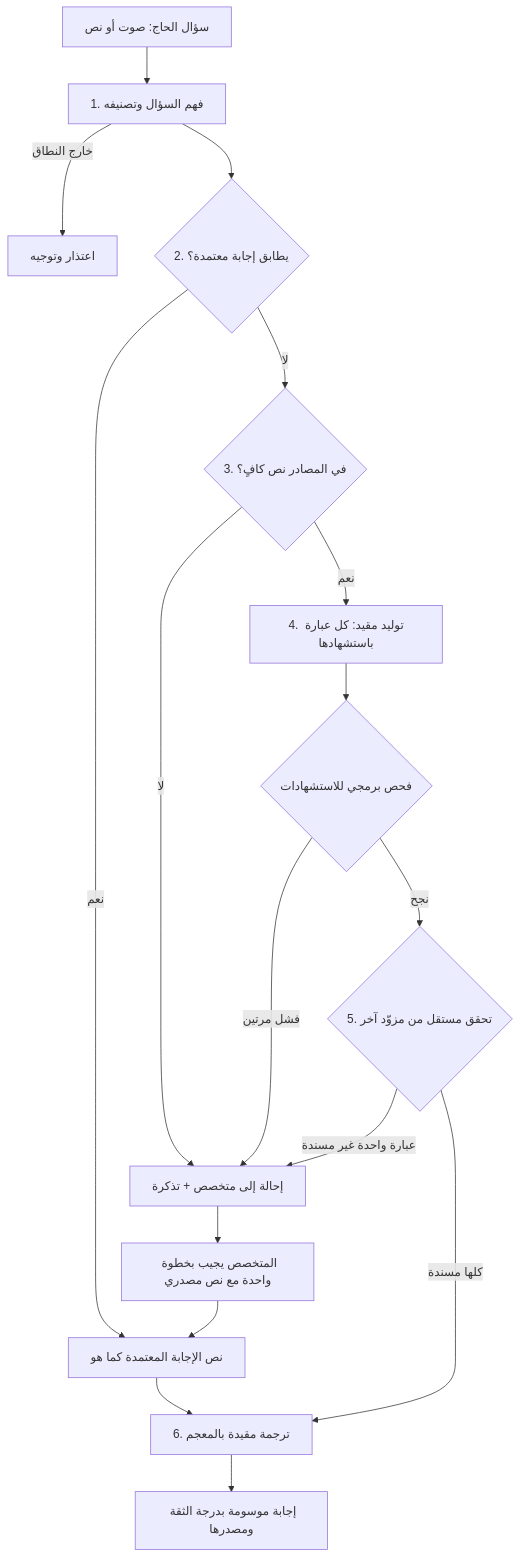
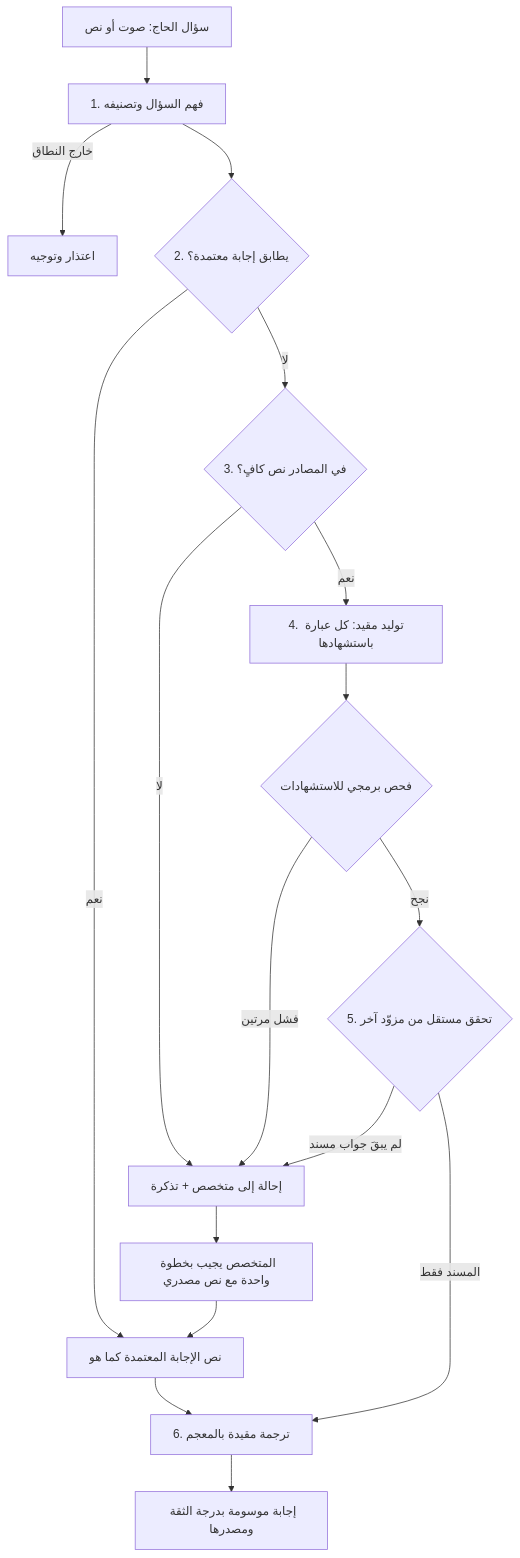
One commit to hiiffaa1243-tech/munir changed the diagram in README.md. Above: the diagram before and after it, drawn with Mermaid. The commit also changed other lines of this file and 3 other files, not shown here.

````diff
--- a/README.md
+++ b/README.md
@@ -33,18 +37,18 @@
 ```mermaid
 flowchart TD
   Q[سؤال الحاج: صوت أو نص] --> U[1. فهم السؤال وتصنيفه]
   U -->|خارج النطاق| O[اعتذار وتوجيه]
   U --> M{2. يطابق إجابة معتمدة؟}
   M -->|نعم| V[نص الإجابة المعتمدة كما هو]
   M -->|لا| R{3. في المصادر نص كافٍ؟}
   R -->|لا| T[إحالة إلى متخصص + تذكرة]
   R -->|نعم| G[4. توليد مقيد: كل عبارة باستشهادها]
   G --> C{فحص برمجي للاستشهادات}
   C -->|فشل مرتين| T
   C -->|نجح| X{5. تحقق مستقل من مزوّد آخر}
-  X -->|عبارة واحدة غير مسندة| T
-  X -->|كلها مسندة| L[6. ترجمة مقيدة بالمعجم]
+  X -->|لم يبقَ جواب مسند| T
+  X -->|المسند فقط| L[6. ترجمة مقيدة بالمعجم]
   V --> L
   L --> A[إجابة موسومة بدرجة الثقة ومصدرها]
   T --> S[المتخصص يجيب بخطوة واحدة مع نص مصدري] --> V
 ```
````
